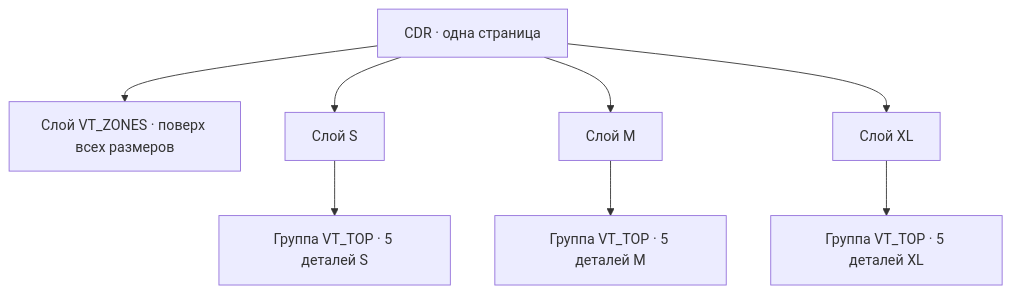
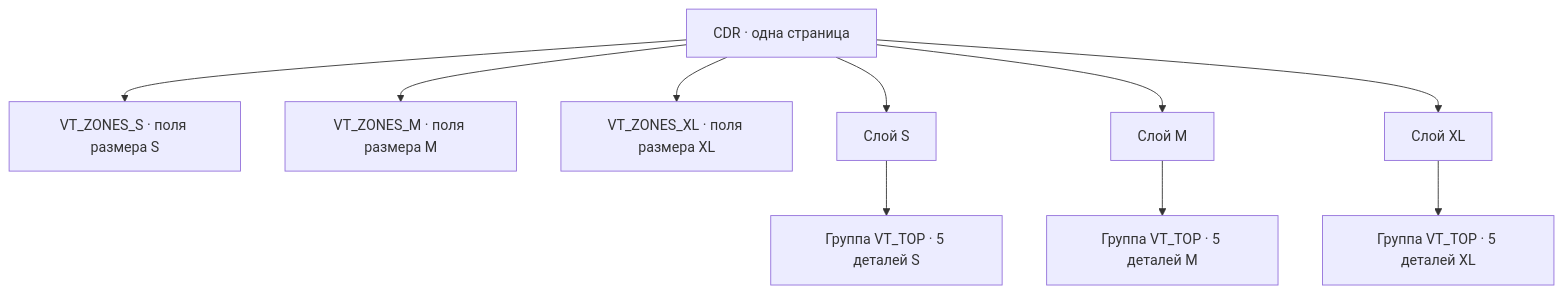
The diagram in SPORT_TEMPLATE.md (zmienkoivan/corelplugin), drawn with Mermaid before and after one commit. The commit also changed other lines of this file and 11 other files, not shown here.

````diff
--- a/SPORT_TEMPLATE.md
+++ b/SPORT_TEMPLATE.md
@@ -5,15 +5,19 @@
 ```mermaid
 flowchart TB
     page["CDR · одна страница"]
-    zones["Слой VT_ZONES · поверх всех размеров"]
+    zonesS["VT_ZONES_S · поля размера S"]
+    zonesM["VT_ZONES_M · поля размера M"]
+    zonesXL["VT_ZONES_XL · поля размера XL"]
     s["Слой S"]
     m["Слой M"]
     xl["Слой XL"]
     groupS["Группа VT_TOP · 5 деталей S"]
     groupM["Группа VT_TOP · 5 деталей M"]
     groupXL["Группа VT_TOP · 5 деталей XL"]
-    page --> zones
+    page --> zonesS
+    page --> zonesM
+    page --> zonesXL
     page --> s --> groupS
     page --> m --> groupM
     page --> xl --> groupXL
 ```
````
